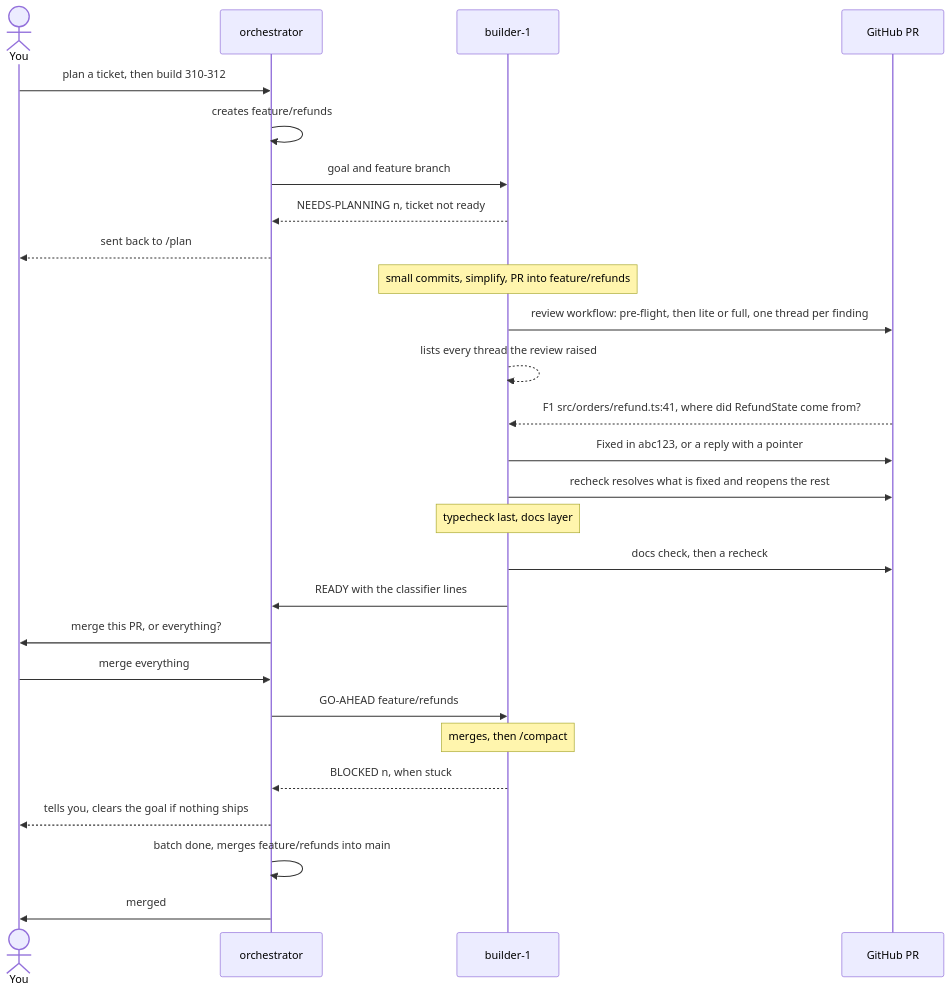
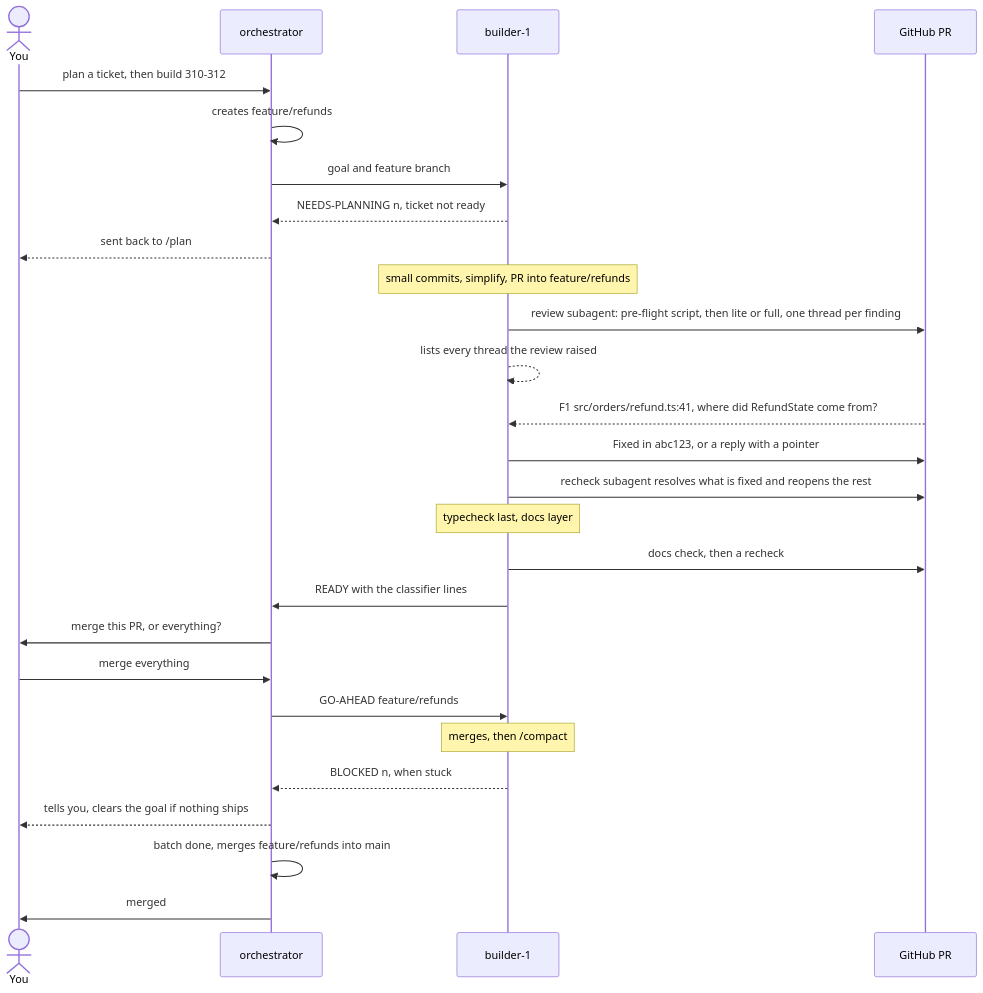
The diagram in README.md (outputty/claude-plugin), drawn with Mermaid before and after one commit. The commit also changed other lines of this file and 14 other files, not shown here.

First line of the commit message:
refactor(review): a review subagent and a script replace the dynamic workflow and ultracode

````diff
--- a/README.md
+++ b/README.md
@@ -11,29 +11,29 @@
 ```mermaid
 sequenceDiagram
     actor U as You
     participant O as orchestrator
     participant B as builder-1
     participant G as GitHub PR
     U->>O: plan a ticket, then build 310-312
     O->>O: creates feature/refunds
     O->>B: goal and feature branch
     B-->>O: NEEDS-PLANNING n, ticket not ready
     O-->>U: sent back to /plan
     Note over B: small commits, simplify, PR into feature/refunds
-    B->>G: review workflow: pre-flight, then lite or full, one thread per finding
+    B->>G: review subagent: pre-flight script, then lite or full, one thread per finding
     B-->>B: lists every thread the review raised
     G-->>B: F1 src/orders/refund.ts:41, where did RefundState come from?
     B->>G: Fixed in abc123, or a reply with a pointer
-    B->>G: recheck resolves what is fixed and reopens the rest
+    B->>G: recheck subagent resolves what is fixed and reopens the rest
     Note over B: typecheck last, docs layer
     B->>G: docs check, then a recheck
     B->>O: READY with the classifier lines
     O->>U: merge this PR, or everything?
     U->>O: merge everything
     O->>B: GO-AHEAD feature/refunds
     Note over B: merges, then /compact
     B-->>O: BLOCKED n, when stuck
     O-->>U: tells you, clears the goal if nothing ships
     O->>O: batch done, merges feature/refunds into main
     O->>U: merged
 ```
````
